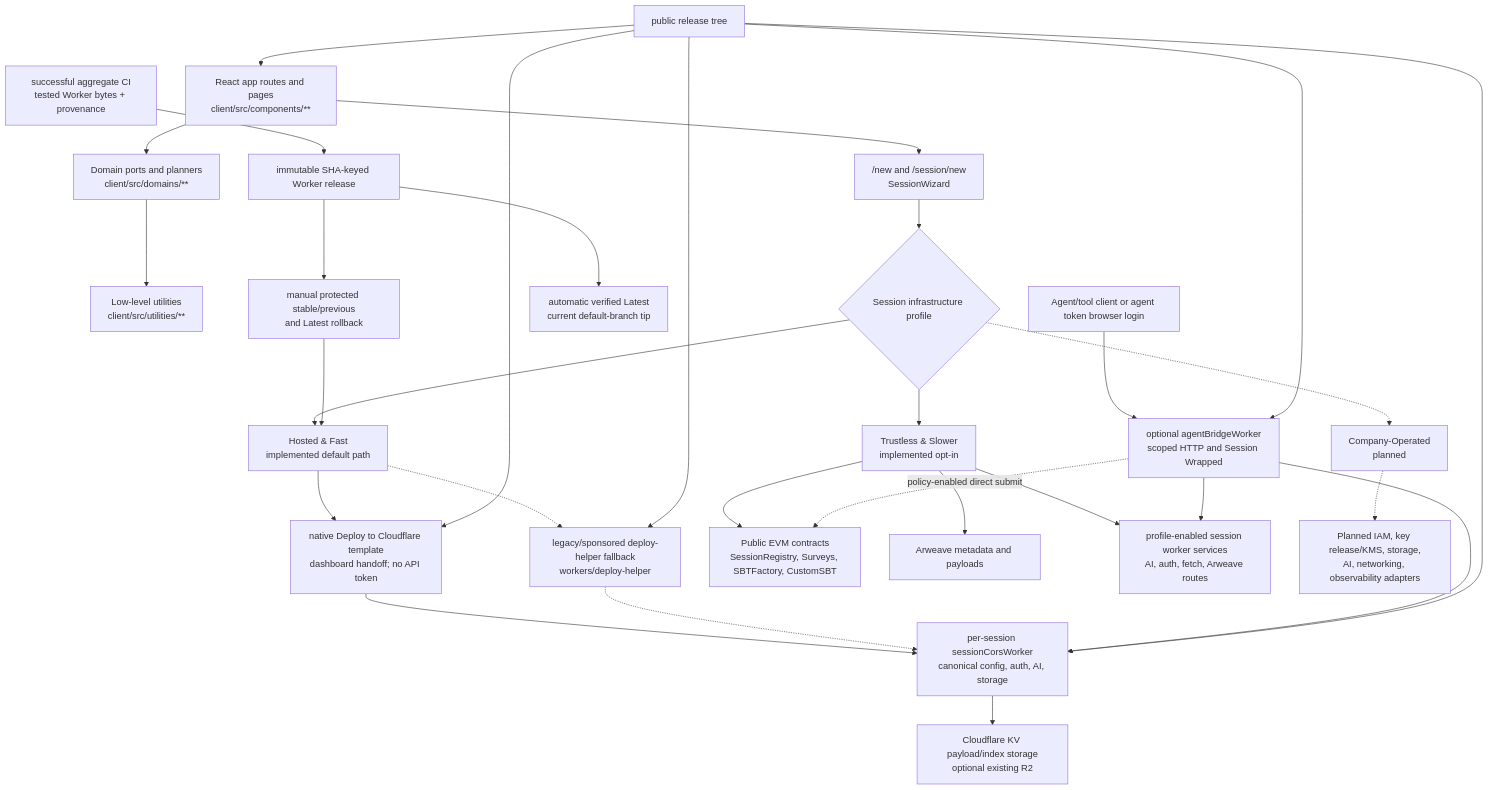
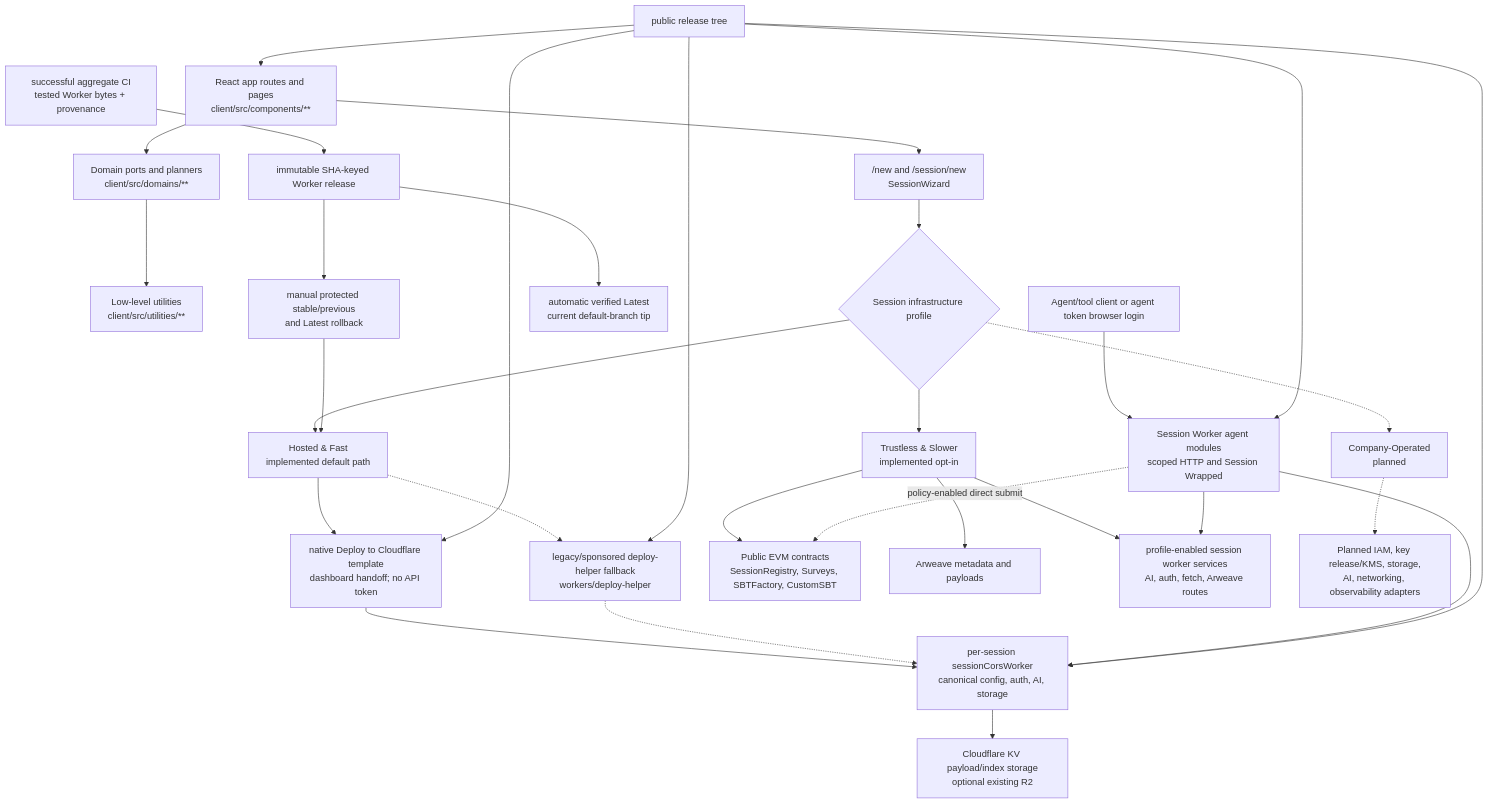
One commit to AgalmicSoftware/context-engine changed the diagram in docs/architecture-overview.md. Above: the diagram before and after it, drawn with Mermaid. The commit also changed other lines of this file and 330 other files, not shown here.

First line of the commit message:
feat: unify session agent and Wrapped workflows

````diff
--- a/docs/architecture-overview.md
+++ b/docs/architecture-overview.md
@@ -30,32 +30,32 @@
 ```mermaid
 flowchart TD
   Browser["React app routes and pages<br/>client/src/components/**"] --> Domains["Domain ports and planners<br/>client/src/domains/**"]
   Domains --> Utilities["Low-level utilities<br/>client/src/utilities/**"]
   Browser --> Wizard["/new and /session/new<br/>SessionWizard"]
   Wizard --> ProfileChoice{"Session infrastructure profile"}
   ProfileChoice --> Hosted["Hosted & Fast<br/>implemented default path"]
   ProfileChoice --> Trustless["Trustless & Slower<br/>implemented opt-in"]
   ProfileChoice -.-> Company["Company-Operated<br/>planned"]
   Hosted --> NativeTemplate["native Deploy to Cloudflare template<br/>dashboard handoff; no API token"]
   NativeTemplate --> HostedWorker["per-session sessionCorsWorker<br/>canonical config, auth, AI, storage"]
   Hosted -.-> DeployHelper["legacy/sponsored deploy-helper fallback<br/>workers/deploy-helper"]
   DeployHelper -.-> HostedWorker
   HostedWorker --> CloudflareStorage["Cloudflare KV payload/index storage<br/>optional existing R2"]
-  AgentClient["Agent/tool client or agent token browser login"] --> AgentBridge["optional agentBridgeWorker<br/>scoped HTTP and Session Wrapped"]
-  AgentBridge --> HostedWorker
+  AgentClient["Agent/tool client or agent token browser login"] --> SessionAgent["Session Worker agent modules<br/>scoped HTTP and Session Wrapped"]
+  SessionAgent --> HostedWorker
   Trustless --> Contracts["Public EVM contracts<br/>SessionRegistry, Surveys, SBTFactory, CustomSBT"]
   Trustless --> Arweave["Arweave metadata and payloads"]
   Trustless --> WorkerServices["profile-enabled session worker services<br/>AI, auth, fetch, Arweave routes"]
-  AgentBridge --> WorkerServices
-  AgentBridge -.->|policy-enabled direct submit| Contracts
+  SessionAgent --> WorkerServices
+  SessionAgent -.->|policy-enabled direct submit| Contracts
   Company -.-> OrgAdapters["Planned IAM, key release/KMS, storage,<br/>AI, networking, observability adapters"]
   PublicRelease["public release tree"] --> Browser
   PublicRelease --> HostedWorker
   PublicRelease --> NativeTemplate
   PublicRelease --> DeployHelper
-  PublicRelease --> AgentBridge
+  PublicRelease --> SessionAgent
   AggregateCI["successful aggregate CI<br/>tested Worker bytes + provenance"] --> ImmutableWorkerRelease["immutable SHA-keyed Worker release"]
   ImmutableWorkerRelease --> AutomaticLatest["automatic verified Latest<br/>current default-branch tip"]
   ImmutableWorkerRelease --> ProtectedPromotion["manual protected stable/previous<br/>and Latest rollback"]
   ProtectedPromotion --> Hosted
 ```
````
